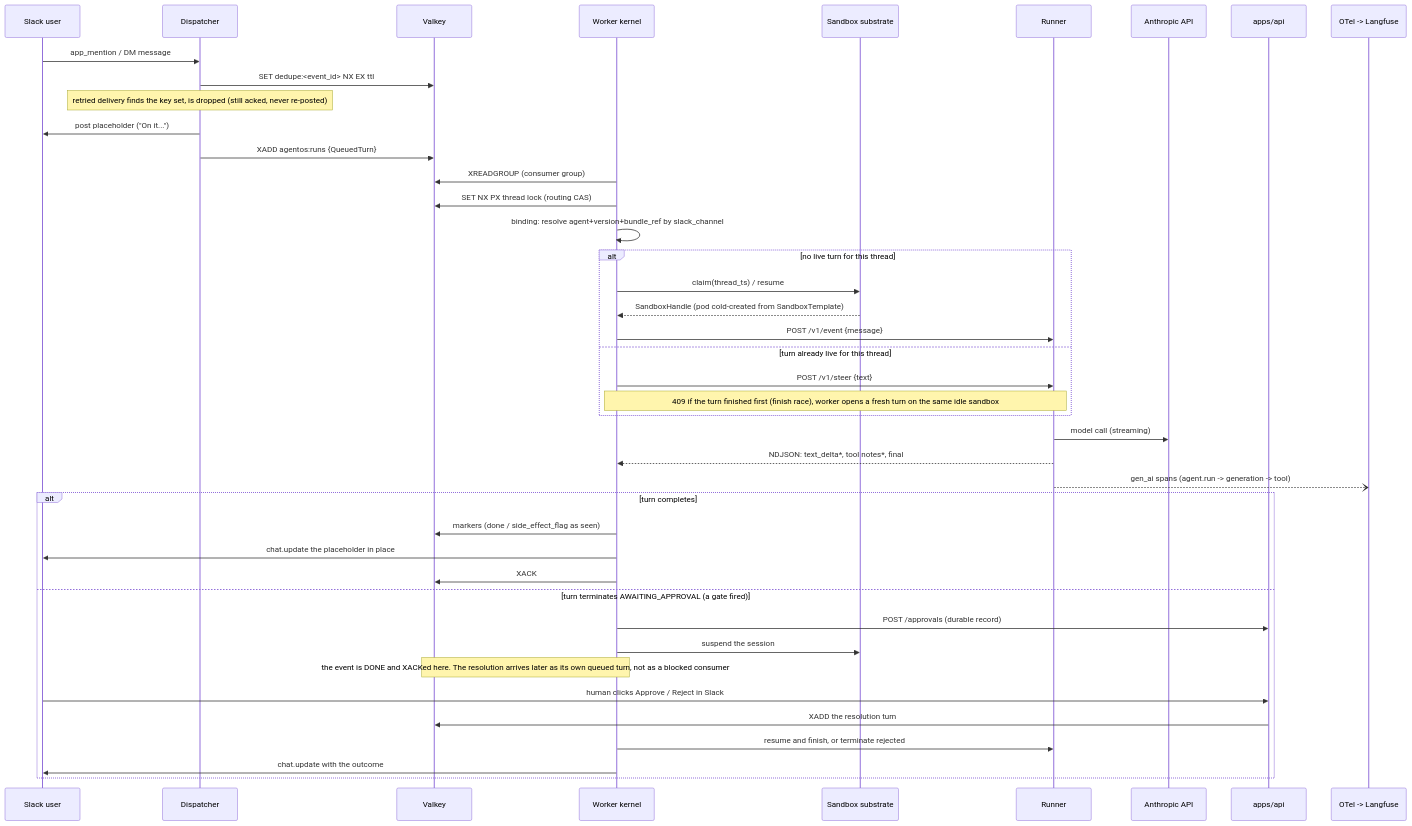
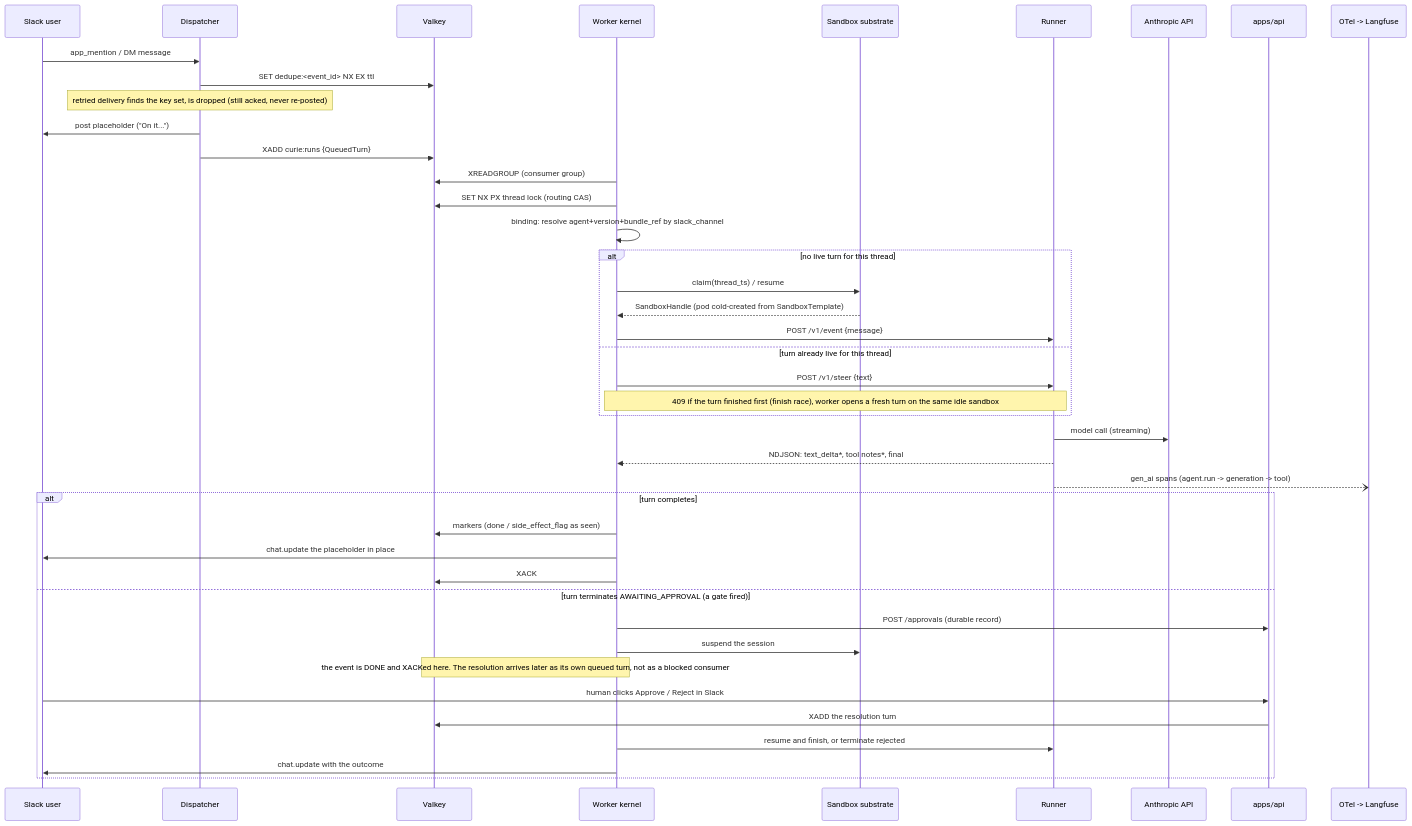
The second of 3 diagrams in ARCHITECTURE.md (coinleftt/curie), drawn with Mermaid before and after one commit. The commit also changed other lines of this file and 840 other files, not shown here.

````diff
--- a/ARCHITECTURE.md
+++ b/ARCHITECTURE.md
@@ -210,48 +210,48 @@
 ```mermaid
 sequenceDiagram
     participant U as Slack user
     participant D as Dispatcher
     participant V as Valkey
     participant W as Worker kernel
     participant S as Sandbox substrate
     participant R as Runner
     participant A as Anthropic API
     participant P as apps/api
     participant O as OTel -> Langfuse
 
     U->>D: app_mention / DM message
     D->>V: SET dedupe:<event_id> NX EX ttl
     Note over D: retried delivery finds the key set, is dropped (still acked, never re-posted)
     D->>U: post placeholder ("On it...")
-    D->>V: XADD agentos:runs {QueuedTurn}
+    D->>V: XADD curie:runs {QueuedTurn}
 
     W->>V: XREADGROUP (consumer group)
     W->>V: SET NX PX thread lock (routing CAS)
     W->>W: binding: resolve agent+version+bundle_ref by slack_channel
     alt no live turn for this thread
         W->>S: claim(thread_ts) / resume
         S-->>W: SandboxHandle (pod cold-created from SandboxTemplate)
         W->>R: POST /v1/event {message}
     else turn already live for this thread
         W->>R: POST /v1/steer {text}
         Note over W,R: 409 if the turn finished first (finish race), worker opens a fresh turn on the same idle sandbox
     end
 
     R->>A: model call (streaming)
     R-->>W: NDJSON: text_delta*, tool notes*, final
     R--)O: gen_ai spans (agent.run -> generation -> tool)
 
     alt turn completes
         W->>V: markers (done / side_effect_flag as seen)
         W->>U: chat.update the placeholder in place
         W->>V: XACK
     else turn terminates AWAITING_APPROVAL (a gate fired)
         W->>P: POST /approvals (durable record)
         W->>S: suspend the session
         Note over W,V: the event is DONE and XACKed here. The resolution arrives later as its own queued turn, not as a blocked consumer
         U->>P: human clicks Approve / Reject in Slack
         P->>V: XADD the resolution turn
         W->>R: resume and finish, or terminate rejected
         W->>U: chat.update with the outcome
     end
 ```
````
